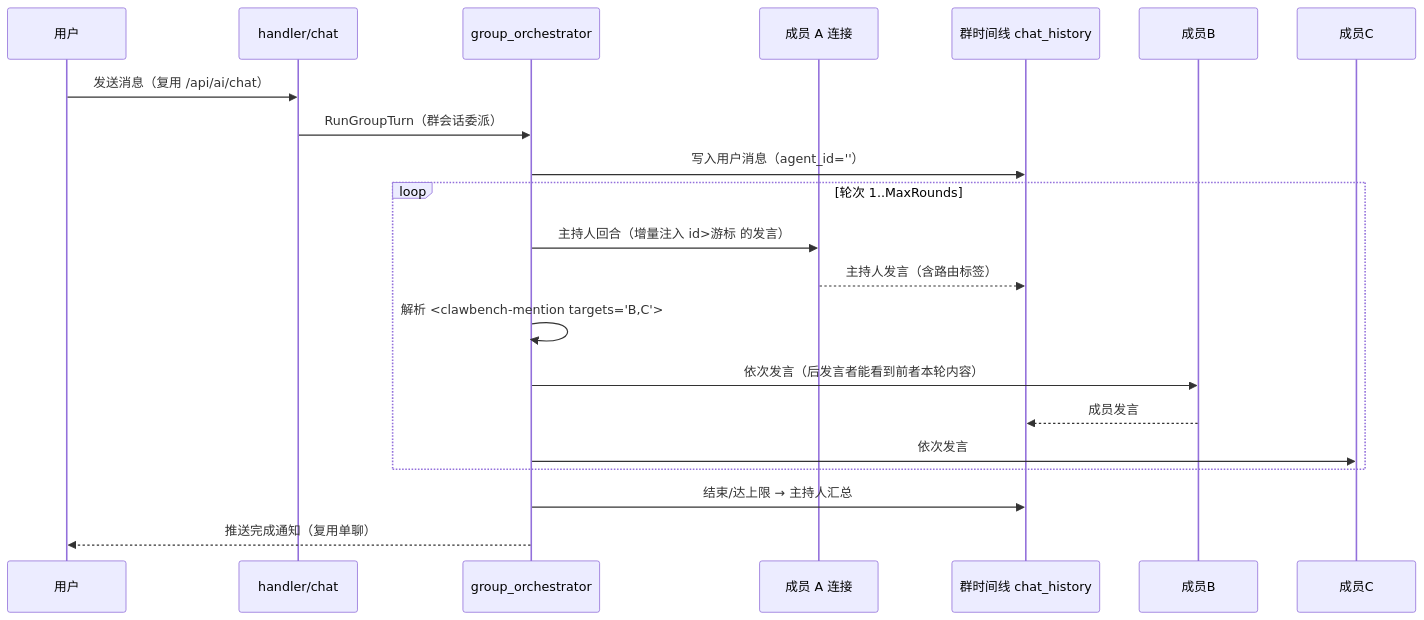
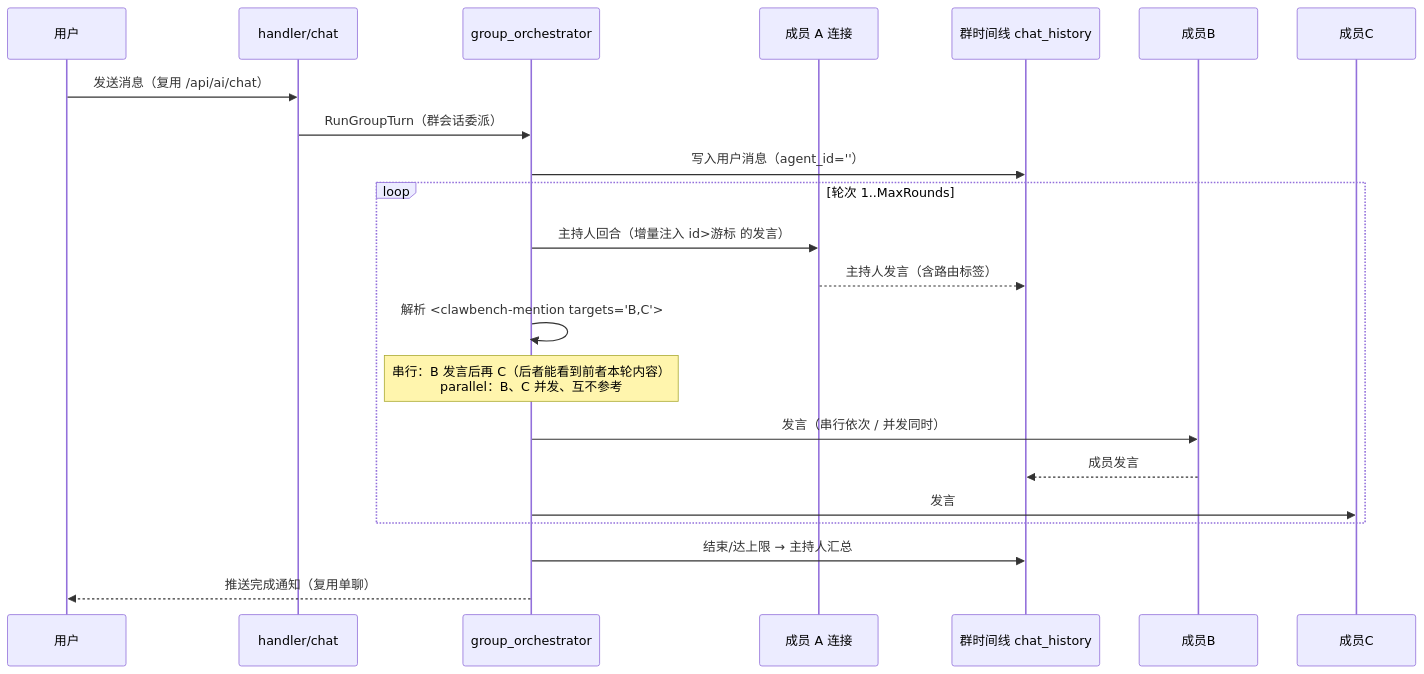
Before and after one commit to clawbench-dev/clawbench: the first of 3 diagrams in docs/spec/features/group-chat.md, drawn with Mermaid. The commit also changed other lines of this file and 2 other files, not shown here.

First line of the commit message:
docs: 群聊文档补并发发言与 parallelDefault 开关

````diff
--- a/docs/spec/features/group-chat.md
+++ b/docs/spec/features/group-chat.md
@@ -14,22 +16,23 @@
 ```mermaid
 sequenceDiagram
     participant 用户
     participant handler as handler/chat
     participant 编排器 as group_orchestrator
     participant 成员A as 成员 A 连接
     participant 时间线 as 群时间线 chat_history
 
     用户->>handler: 发送消息（复用 /api/ai/chat）
     handler->>编排器: RunGroupTurn（群会话委派）
     编排器->>时间线: 写入用户消息（agent_id=''）
     loop 轮次 1..MaxRounds
         编排器->>成员A: 主持人回合（增量注入 id>游标 的发言）
         成员A-->>时间线: 主持人发言（含路由标签）
         编排器->>编排器: 解析 <clawbench-mention targets="B,C">
-        编排器->>成员B: 依次发言（后发言者能看到前者本轮内容）
+        Note over 编排器: 串行：B 发言后再 C（后者能看到前者本轮内容）<br/>parallel：B、C 并发、互不参考
+        编排器->>成员B: 发言（串行依次 / 并发同时）
         成员B-->>时间线: 成员发言
-        编排器->>成员C: 依次发言
+        编排器->>成员C: 发言
     end
     编排器->>时间线: 结束/达上限 → 主持人汇总
     编排器-->>用户: 推送完成通知（复用单聊）
 ```
````
